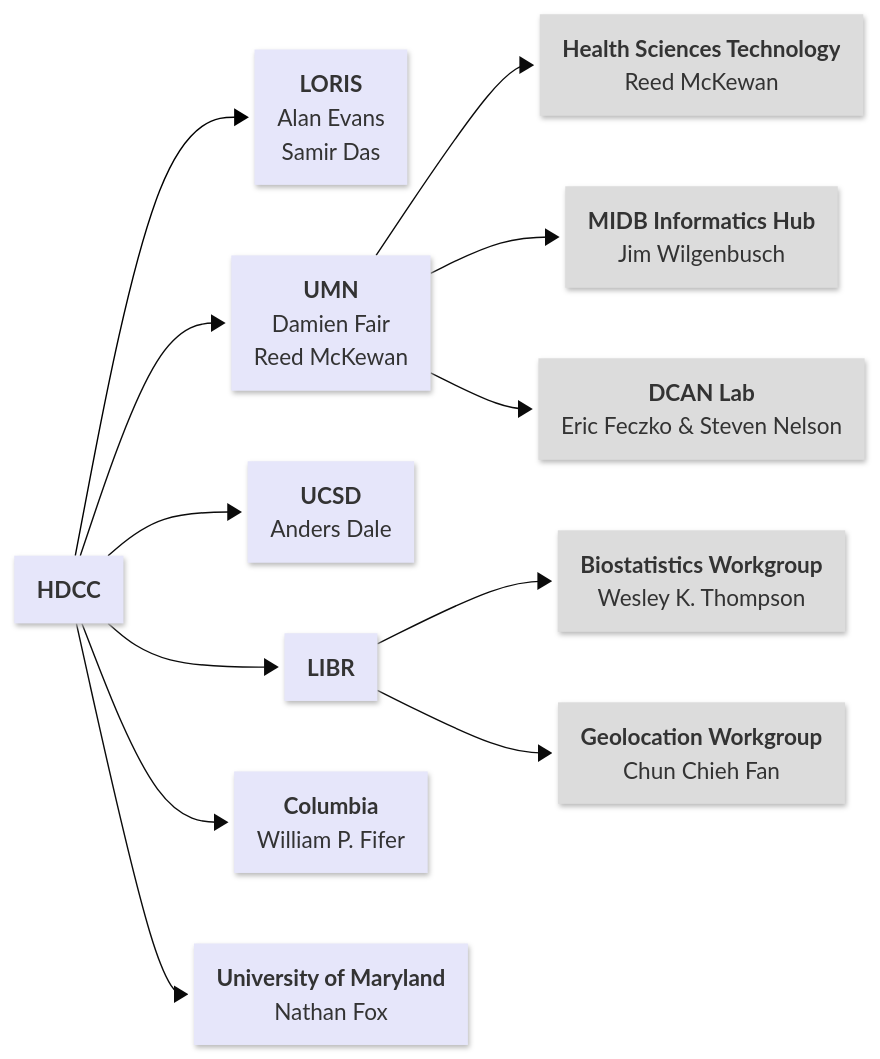
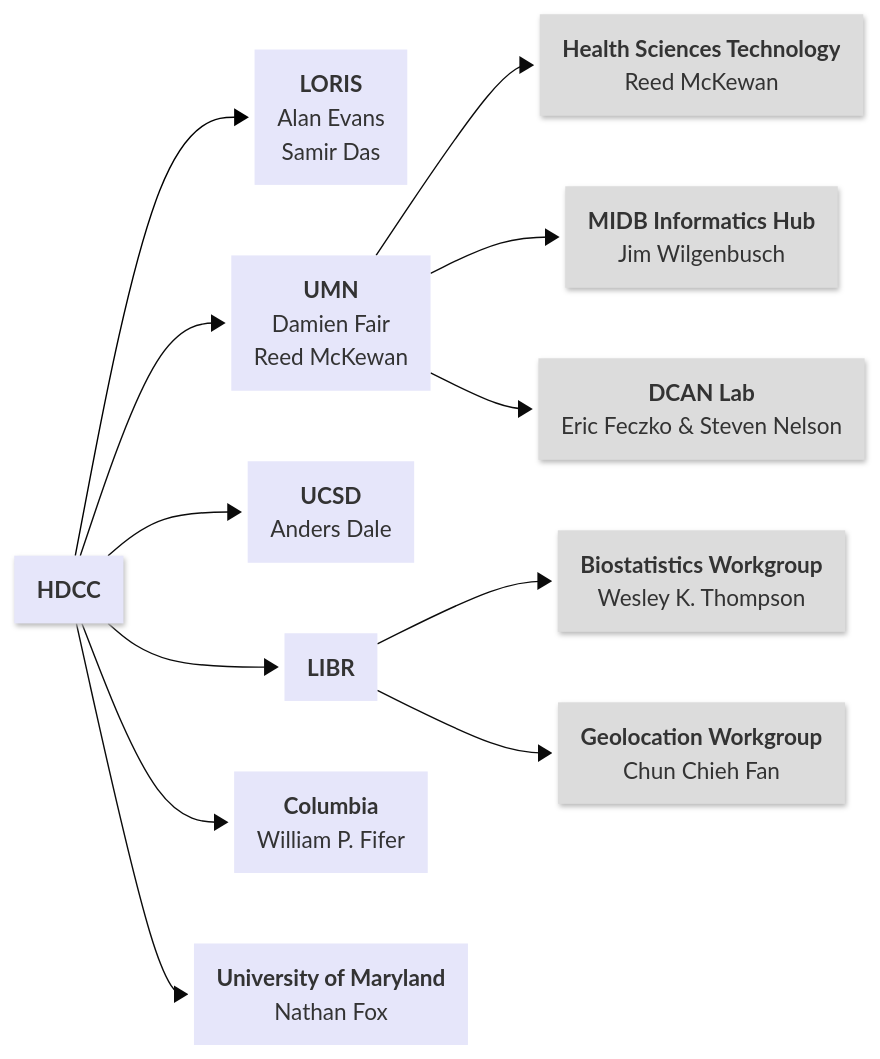
The first of 2 diagrams in docs/orgcharts.md (DCAN-Labs/hbcd-docs-internal), drawn with Mermaid before and after one commit. The commit also changed other lines of this file, not shown here.

````diff
--- a/docs/orgcharts.md
+++ b/docs/orgcharts.md
@@ -7,32 +7,38 @@
 ```mermaid
 ---
 config:
   theme: base
   layout: dagre
   look: neo
 ---
 flowchart LR
     A["<strong>HDCC</strong>"] --> E["<b>LORIS</b><br>Alan Evans<br>Samir Das"] & F["<b>UMN</b><br>Damien Fair<br>Reed McKewan"] & G["<b>UCSD</b><br>Anders Dale"] & H["<b>LIBR</b><br>"] & n1["<b>Columbia</b><br>William P. Fifer"] & n16["<b>University of Maryland</b><br>Nathan Fox"]
     F --> n6["<b>Health Sciences Technology</b><br>Reed McKewan"] & n7["<b>MIDB Informatics Hub</b><br>Jim Wilgenbusch"] & n8["<b>DCAN Lab</b><br>Eric Feczko &amp; Steven Nelson"]
     H --> n14["<b>Biostatistics Workgroup</b><br>Wesley K. Thompson"] & n15["<b>Geolocation Workgroup</b><br>Chun Chieh Fan"]
      A:::team
      E:::team
      F:::team
      G:::team
      H:::team
      n1:::team
      n16:::team
      n6:::project
      n7:::project
      n8:::project
      n14:::project
      n15:::project
     classDef organization fill:#d3d3d3,stroke:#333,stroke-width:2px
     classDef team fill:#e6e6fa,stroke:none
     classDef project fill:#dcdcdc,stroke:none
     classDef linkLine stroke-width:2px
     style n6 stroke:none
     style n7 stroke:none
     style n8 stroke:none
     linkStyle 0 stroke:#000000,fill:none
+    click E "#loris"
+    click F "#university-of-minnesota-umn"
+    click G "#ucsd"
+    click H "#libr"
+    click n1 "#columbia"
+    click n16 "#university-of-maryland"
 ```
````
